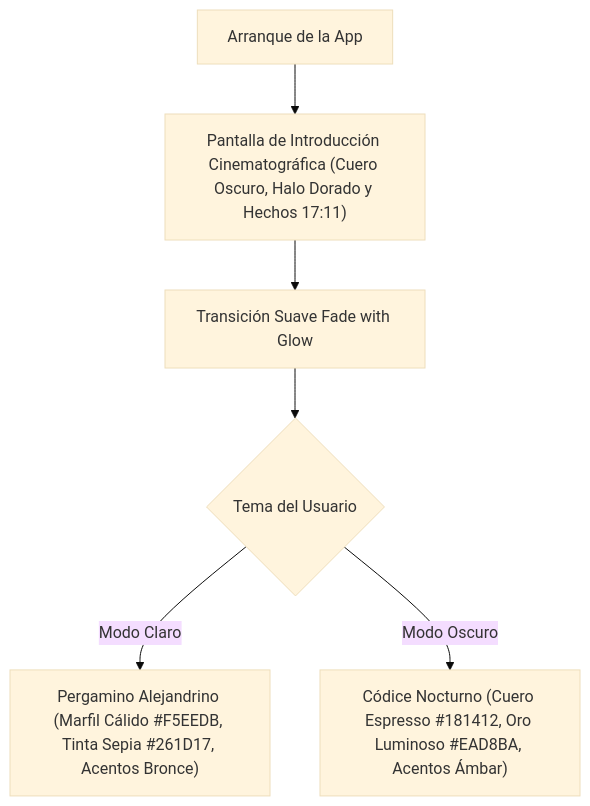
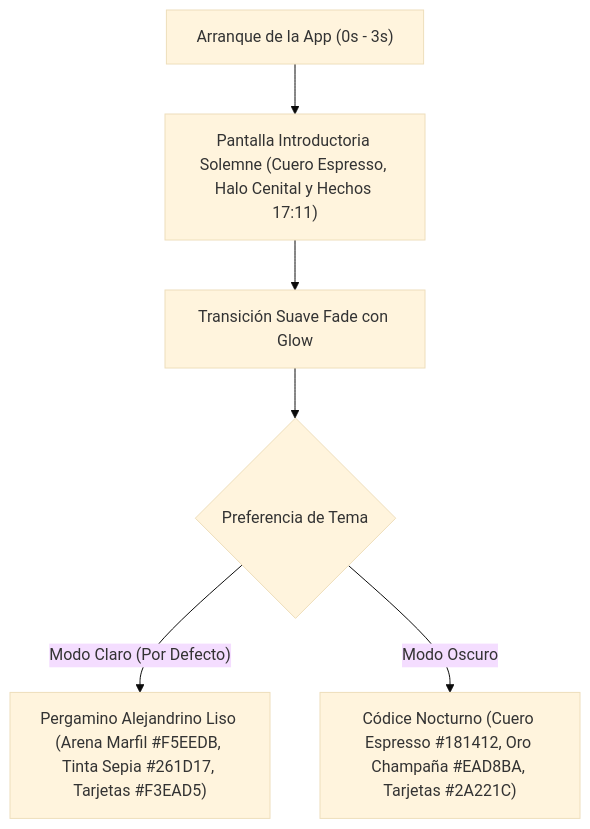
Before and after one commit to NetOpsSolutions/Berea_Interlineal: the diagram in Archivos_md/PLAN_DESPLIEGUE_PERGAMINO_E_INTRODUCCION.md, drawn with Mermaid (base theme). The commit also changed other lines of this file and 10 other files, not shown here.

Commit message:
feat(ui): implementar Pergamino Alejandrino Liso oficial, Códice Nocturno y Splash solemne 3s sin tramas

````diff
--- a/Archivos_md/PLAN_DESPLIEGUE_PERGAMINO_E_INTRODUCCION.md
+++ b/Archivos_md/PLAN_DESPLIEGUE_PERGAMINO_E_INTRODUCCION.md
@@ -12,8 +68,8 @@
 ```mermaid
 flowchart TD
-    A["Arranque de la App"] --> B["Pantalla de Introducción Cinematográfica (Cuero Oscuro, Halo Dorado y Hechos 17:11)"]
-    B --> C["Transición Suave Fade with Glow"]
-    C --> D{"Tema del Usuario"}
-    D -->|"Modo Claro"| E["Pergamino Alejandrino (Marfil Cálido #F5EEDB, Tinta Sepia #261D17, Acentos Bronce)"]
-    D -->|"Modo Oscuro"| F["Códice Nocturno (Cuero Espresso #181412, Oro Luminoso #EAD8BA, Acentos Ámbar)"]
+    A["Arranque de la App (0s - 3s)"] --> B["Pantalla Introductoria Solemne (Cuero Espresso, Halo Cenital y Hechos 17:11)"]
+    B --> C["Transición Suave Fade con Glow"]
+    C --> D{"Preferencia de Tema"}
+    D -->|"Modo Claro (Por Defecto)"| E["Pergamino Alejandrino Liso (Arena Marfil #F5EEDB, Tinta Sepia #261D17, Tarjetas #F3EAD5)"]
+    D -->|"Modo Oscuro"| F["Códice Nocturno (Cuero Espresso #181412, Oro Champaña #EAD8BA, Tarjetas #2A221C)"]
 ```
````
